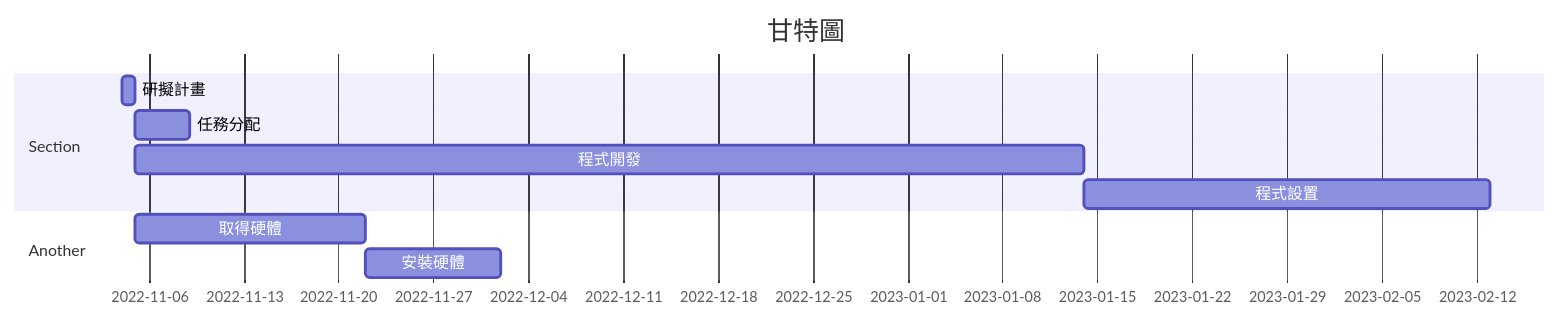
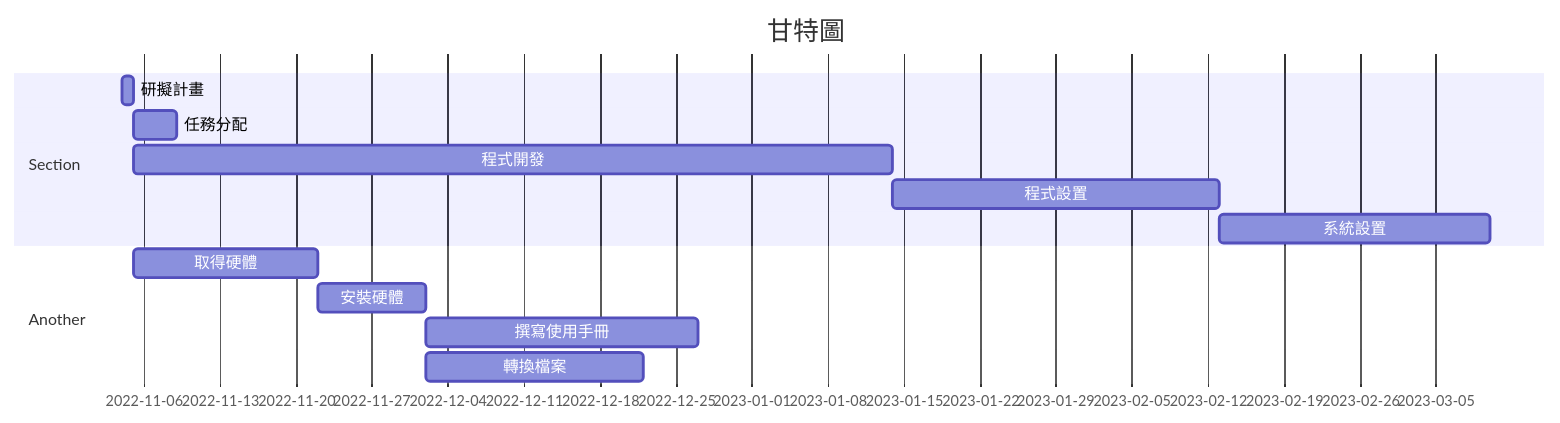
One commit to C109118256/C109118256 changed the diagram in hw2.md. Above: the diagram before and after it, drawn with Mermaid.

````diff
--- a/hw2.md
+++ b/hw2.md
@@ -1,14 +1,16 @@
 ```mermaid
 gantt
     title 甘特圖
 
     section Section
     研擬計畫           :a1, 2022-11-04, 1d
     任務分配           :after a1  , 4d
     程式開發           :a2, after a1  , 70d
     程式設置           :a4, after a2  , 30d
+    系統設置           :after a4  , 25d
     section Another
     取得硬體           :a3, after a1  , 17d
-    安裝硬體           :after a3  , 10d
-    
+    安裝硬體           :a5, after a3  , 10d
+    撰寫使用手冊       :after a5  , 25d
+    轉換檔案           :after a5  , 20d
 ```
````
